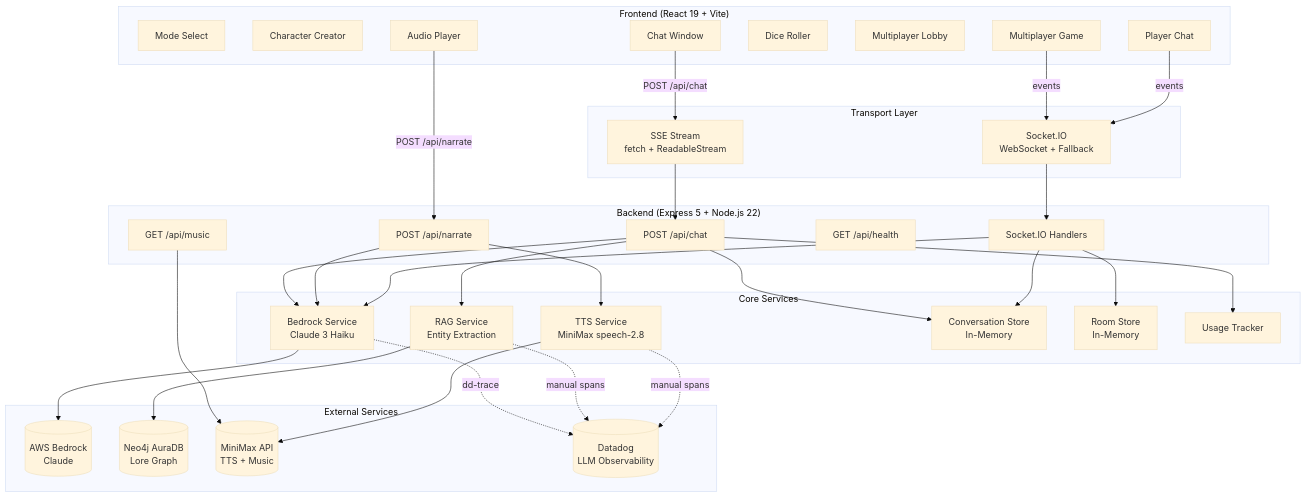
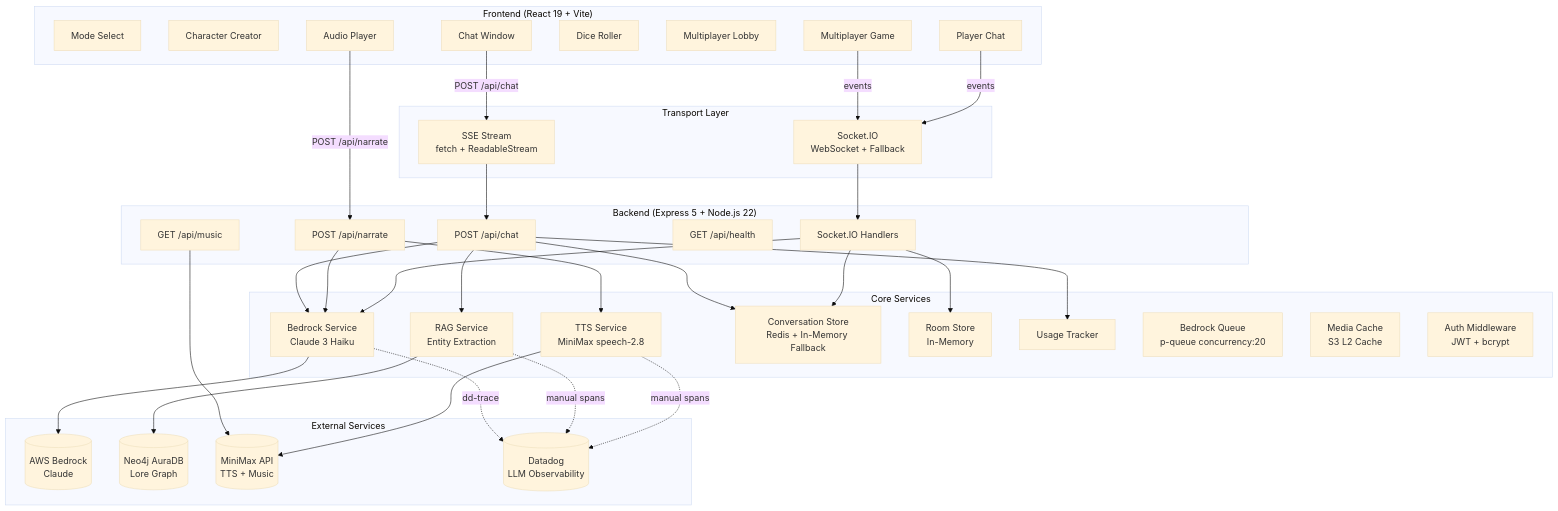
The first of 6 diagrams in docs/ARCHITECTURE.md (frosty110/awsHackathon), drawn with Mermaid (base theme) before and after one commit. The commit also changed other lines of this file and 5 other files, not shown here.

First line of the commit message:
docs: update API, architecture, services, and developer guide documentation

````diff
--- a/docs/ARCHITECTURE.md
+++ b/docs/ARCHITECTURE.md
@@ -5,71 +5,74 @@
 ```mermaid
 graph TB
     subgraph "Frontend (React 19 + Vite)"
         ModeSelect[Mode Select]
         ClassSelect[Character Creator]
         ChatWindow[Chat Window]
         AudioPlayer[Audio Player]
         DiceRoller[Dice Roller]
         MultiLobby[Multiplayer Lobby]
         MultiGame[Multiplayer Game]
         PlayerChat[Player Chat]
     end
 
     subgraph "Transport Layer"
         SSE[SSE Stream<br/>fetch + ReadableStream]
         SocketIO[Socket.IO<br/>WebSocket + Fallback]
     end
 
     subgraph "Backend (Express 5 + Node.js 22)"
         ChatRoute[POST /api/chat]
         NarrateRoute[POST /api/narrate]
         MusicRoute[GET /api/music]
         HealthRoute[GET /api/health]
         SocketHandlers[Socket.IO Handlers]
     end
 
     subgraph "Core Services"
         BedrockSvc[Bedrock Service<br/>Claude 3 Haiku]
         TTSSvc[TTS Service<br/>MiniMax speech-2.8]
         RAGSvc[RAG Service<br/>Entity Extraction]
-        ConvStore[Conversation Store<br/>In-Memory]
+        ConvStore[Conversation Store<br/>Redis + In-Memory Fallback]
         RoomStore[Room Store<br/>In-Memory]
         UsageTracker[Usage Tracker]
+        BedrockQ[Bedrock Queue<br/>p-queue concurrency:20]
+        MediaCache[Media Cache<br/>S3 L2 Cache]
+        AuthSvc[Auth Middleware<br/>JWT + bcrypt]
     end
 
     subgraph "External Services"
         Bedrock[(AWS Bedrock<br/>Claude)]
         Neo4j[(Neo4j AuraDB<br/>Lore Graph)]
         MiniMax[(MiniMax API<br/>TTS + Music)]
         Datadog[(Datadog<br/>LLM Observability)]
     end
 
     ChatWindow -->|POST /api/chat| SSE
     AudioPlayer -->|POST /api/narrate| NarrateRoute
     MultiGame -->|events| SocketIO
     PlayerChat -->|events| SocketIO
 
     SSE --> ChatRoute
     SocketIO --> SocketHandlers
 
     ChatRoute --> BedrockSvc
     ChatRoute --> RAGSvc
     ChatRoute --> ConvStore
     ChatRoute --> UsageTracker
 
     NarrateRoute --> BedrockSvc
     NarrateRoute --> TTSSvc
 
     MusicRoute --> MiniMax
 
     SocketHandlers --> BedrockSvc
     SocketHandlers --> RoomStore
     SocketHandlers --> ConvStore
 
     BedrockSvc --> Bedrock
     RAGSvc --> Neo4j
     TTSSvc --> MiniMax
     BedrockSvc -.->|dd-trace| Datadog
     RAGSvc -.->|manual spans| Datadog
     TTSSvc -.->|manual spans| Datadog
 ```
````
